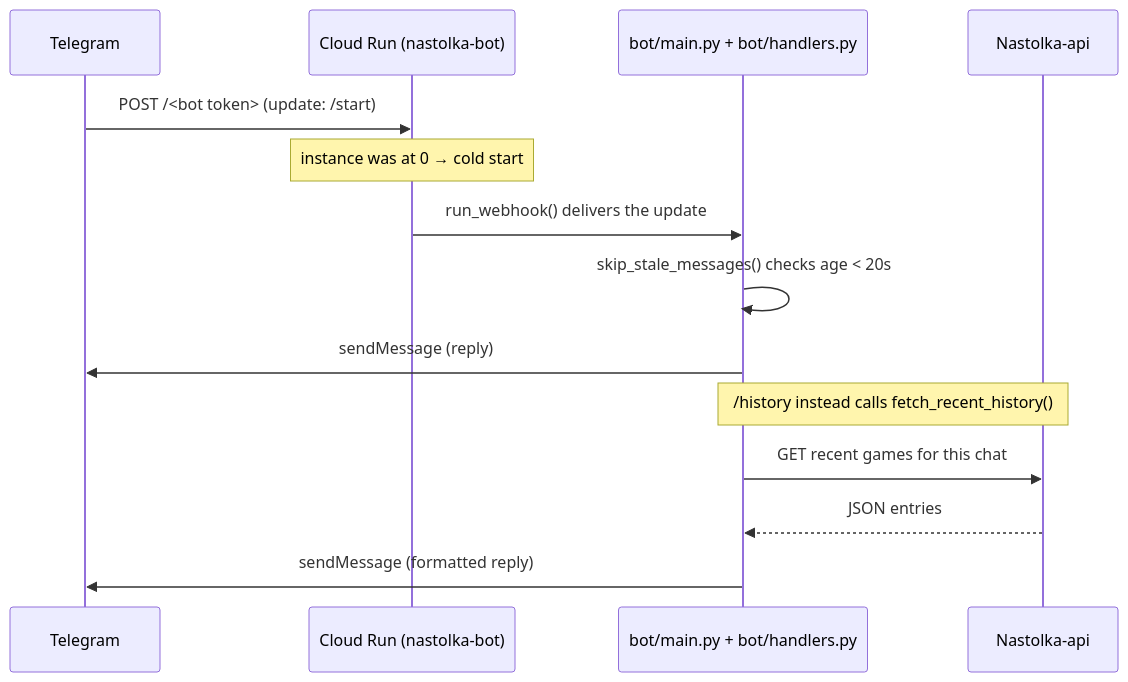
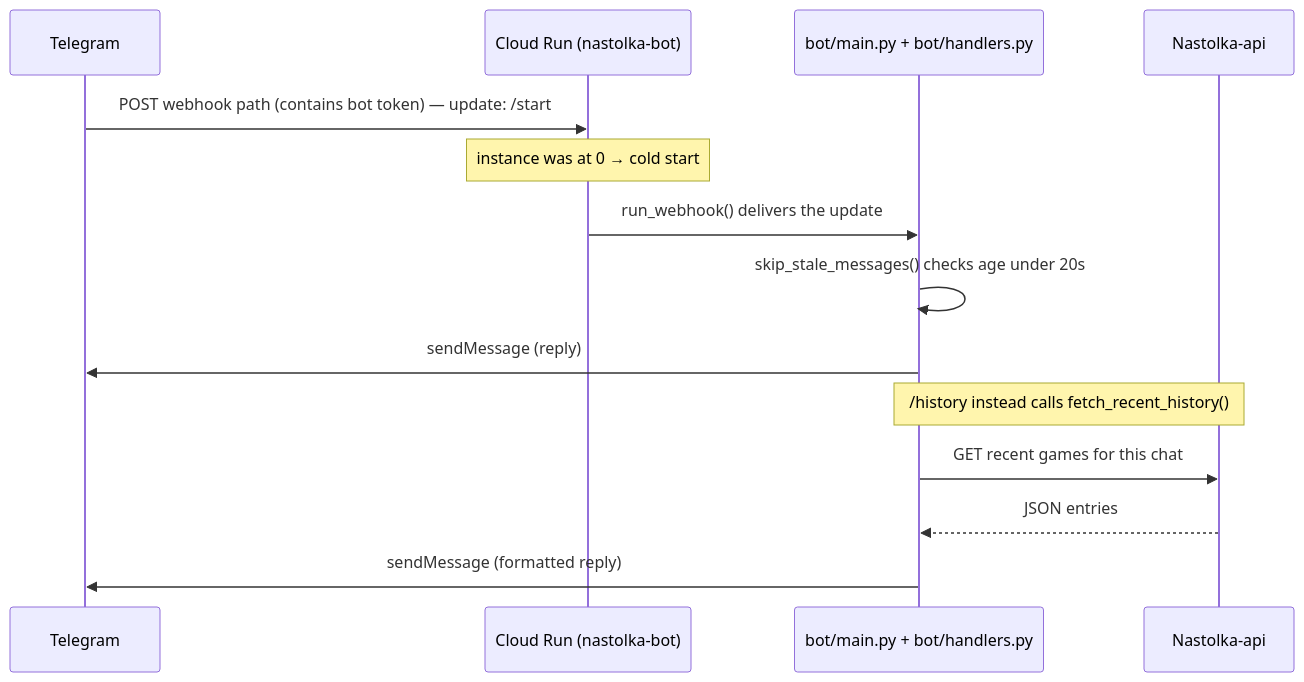
The first of 3 diagrams in docs/how-it-works.md (a1exymoroz/Nastolka-telegram), drawn with Mermaid before and after one commit. The commit also changed other lines of this file, not shown here.

Commit message:
Fix Mermaid parse errors in how-it-works.md
Semicolon in a Note line and literal <...> in message text were both
being misparsed by GitHub's Mermaid renderer.

````diff
--- a/docs/how-it-works.md
+++ b/docs/how-it-works.md
@@ -32,17 +32,17 @@
 ```mermaid
 sequenceDiagram
     participant TG as Telegram
     participant CR as Cloud Run (nastolka-bot)
     participant Bot as bot/main.py + bot/handlers.py
     participant API as Nastolka-api
 
-    TG->>CR: POST /<bot token>  (update: /start)
+    TG->>CR: POST webhook path (contains bot token) — update: /start
     Note over CR: instance was at 0 → cold start
     CR->>Bot: run_webhook() delivers the update
-    Bot->>Bot: skip_stale_messages() checks age < 20s
+    Bot->>Bot: skip_stale_messages() checks age under 20s
     Bot->>TG: sendMessage (reply)
     Note over Bot,API: /history instead calls fetch_recent_history()
     Bot->>API: GET recent games for this chat
     API-->>Bot: JSON entries
     Bot->>TG: sendMessage (formatted reply)
 ```
````
